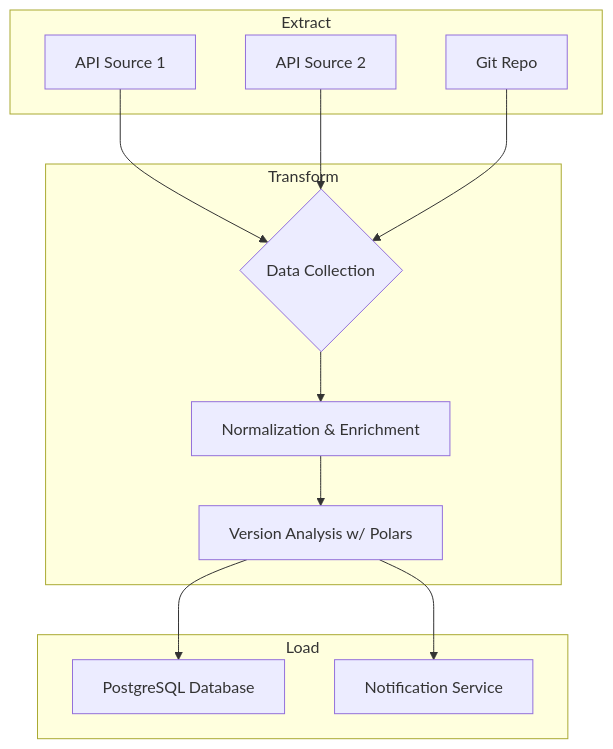
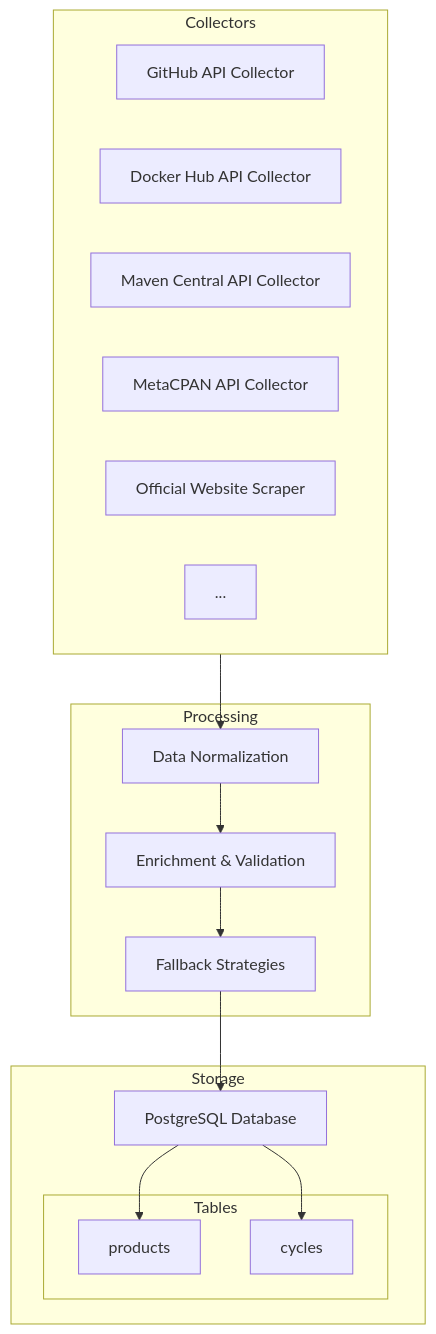
Before and after one commit to mpiton/versionwatch: the diagram in ARCHITECTURE.md, drawn with Mermaid. The commit also changed other lines of this file and 90 other files, not shown here.

````diff
--- a/ARCHITECTURE.md
+++ b/ARCHITECTURE.md
@@ -9,24 +9,32 @@
 ```mermaid
 graph TD
-    subgraph Extract
-        A[API Source 1]
-        B[API Source 2]
-        C[Git Repo]
+    subgraph Collectors
+        A[GitHub API Collector]
+        B[Docker Hub API Collector]
+        C[Maven Central API Collector]
+        D[MetaCPAN API Collector]
+        E[Official Website Scraper]
+        F[...]
     end
 
-    subgraph Transform
-        D{Data Collection} --> E[Normalization & Enrichment]
-        E --> F[Version Analysis w/ Polars]
+    subgraph Processing
+        G[Data Normalization]
+        H[Enrichment & Validation]
+        I[Fallback Strategies]
     end
 
-    subgraph Load
-        G[PostgreSQL Database]
-        H[Notification Service]
+    subgraph Storage
+        J[PostgreSQL Database]
+        subgraph Tables
+            K[products]
+            L[cycles]
+    end
     end
 
-    A --> D
-    B --> D
-    C --> D
-    F --> G
-    F --> H
+    Collectors --> G
+    G --> H
+    H --> I
+    I --> J
+    J --> K
+    J --> L
 ```
````
